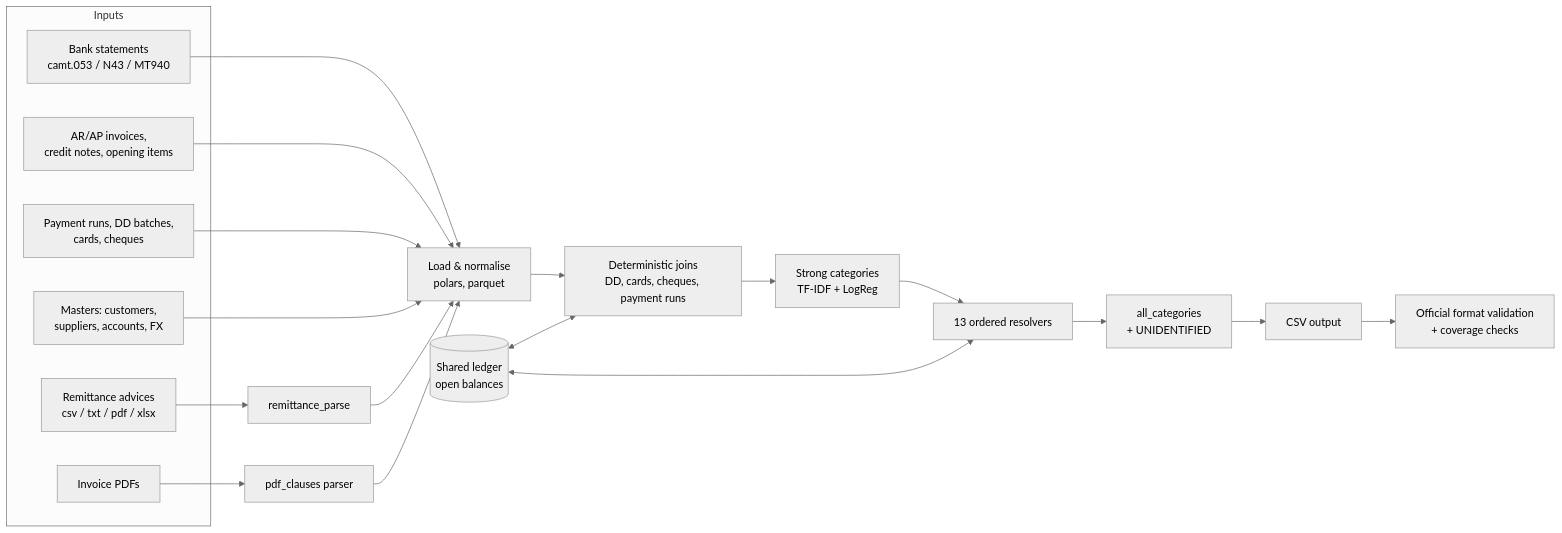
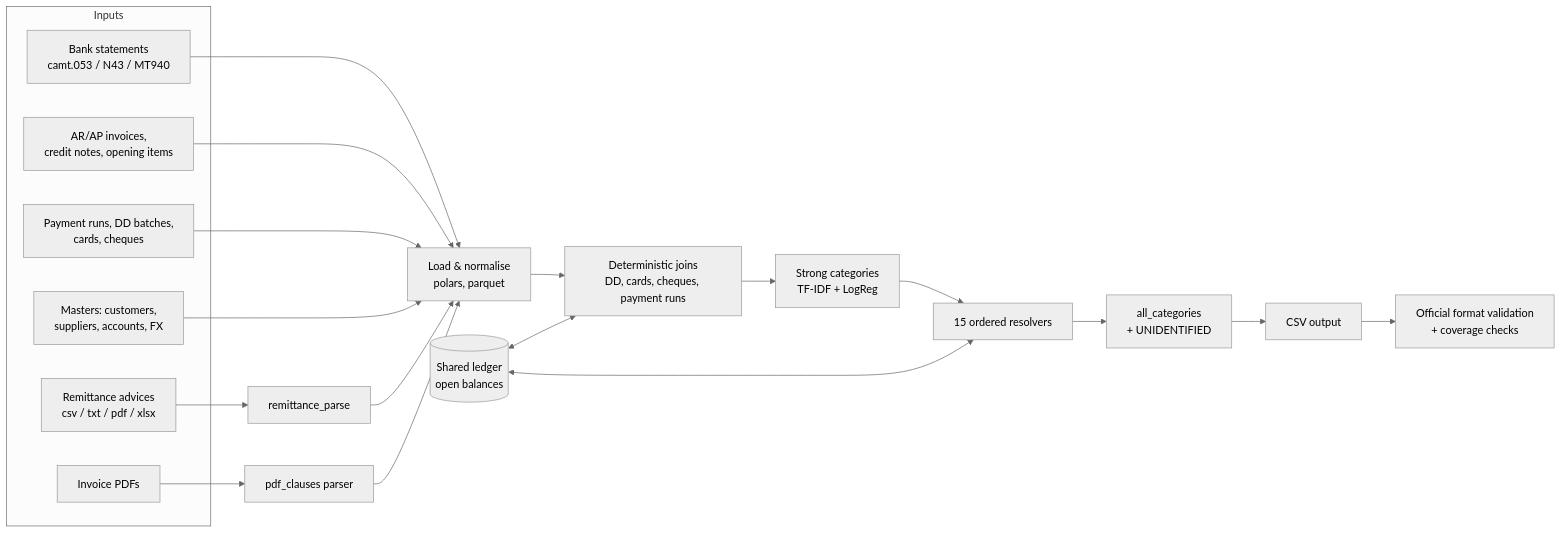
Before and after one commit to liiiaamm/talky-hackathon: the diagram in README.md, drawn with Mermaid (neutral theme). The commit also changed other lines of this file and 1 other file, not shown here.

Commit message:
docs: README and write-up for the FINAL submission (15 resolvers, FINAL 94.45)

````diff
--- a/README.md
+++ b/README.md
@@ -29,20 +29,20 @@
 ```mermaid
 flowchart LR
   subgraph Inputs
     B[Bank statements<br/>camt.053 / N43 / MT940]
     I[AR/AP invoices,<br/>credit notes, opening items]
     P[Payment runs, DD batches,<br/>cards, cheques]
     R[Remittance advices<br/>csv / txt / pdf / xlsx]
     D[Invoice PDFs]
     M[Masters: customers,<br/>suppliers, accounts, FX]
   end
   B & I & P & M --> L[Load & normalise<br/>polars, parquet]
   R --> RP[remittance_parse] --> L
   D --> PC[pdf_clauses parser] --> L
   L --> DET[Deterministic joins<br/>DD, cards, cheques, payment runs]
   DET --> SC[Strong categories<br/>TF-IDF + LogReg]
-  SC --> C12[13 ordered resolvers]
+  SC --> C12[15 ordered resolvers]
   C12 --> AC[all_categories<br/>+ UNIDENTIFIED]
   LED[(Shared ledger<br/>open balances)] <--> DET & C12
   AC --> O[CSV output] --> V[Official format validation<br/>+ coverage checks]
 ```
````
